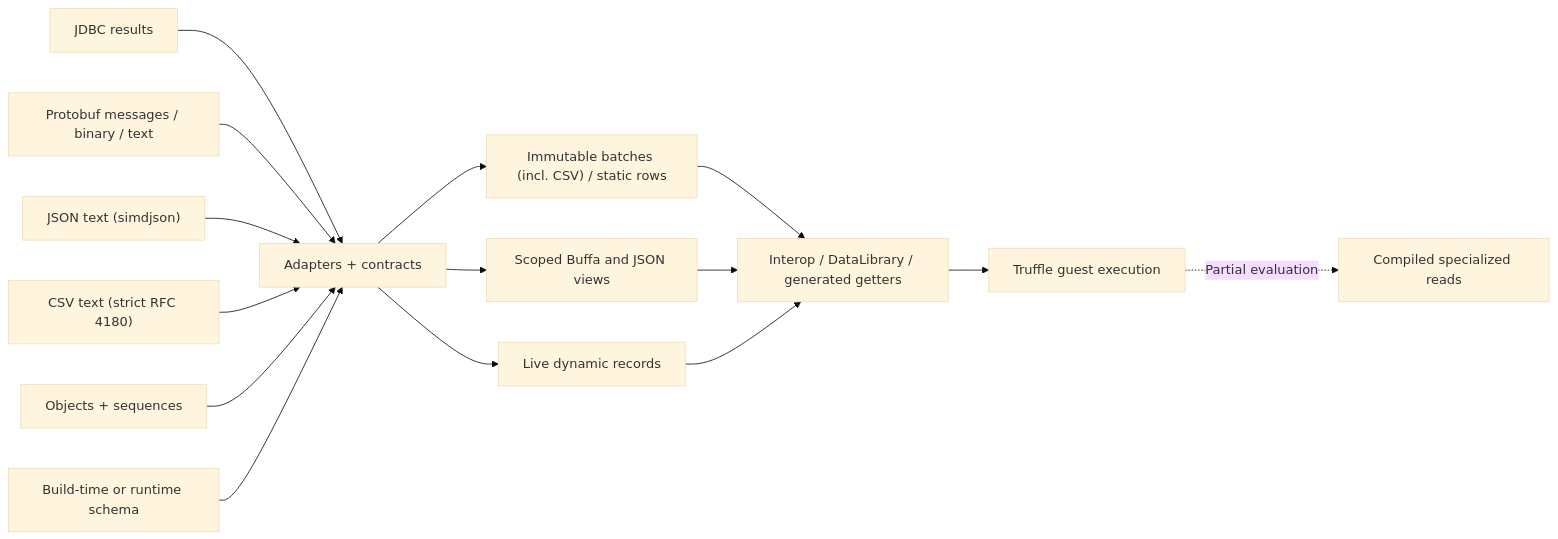
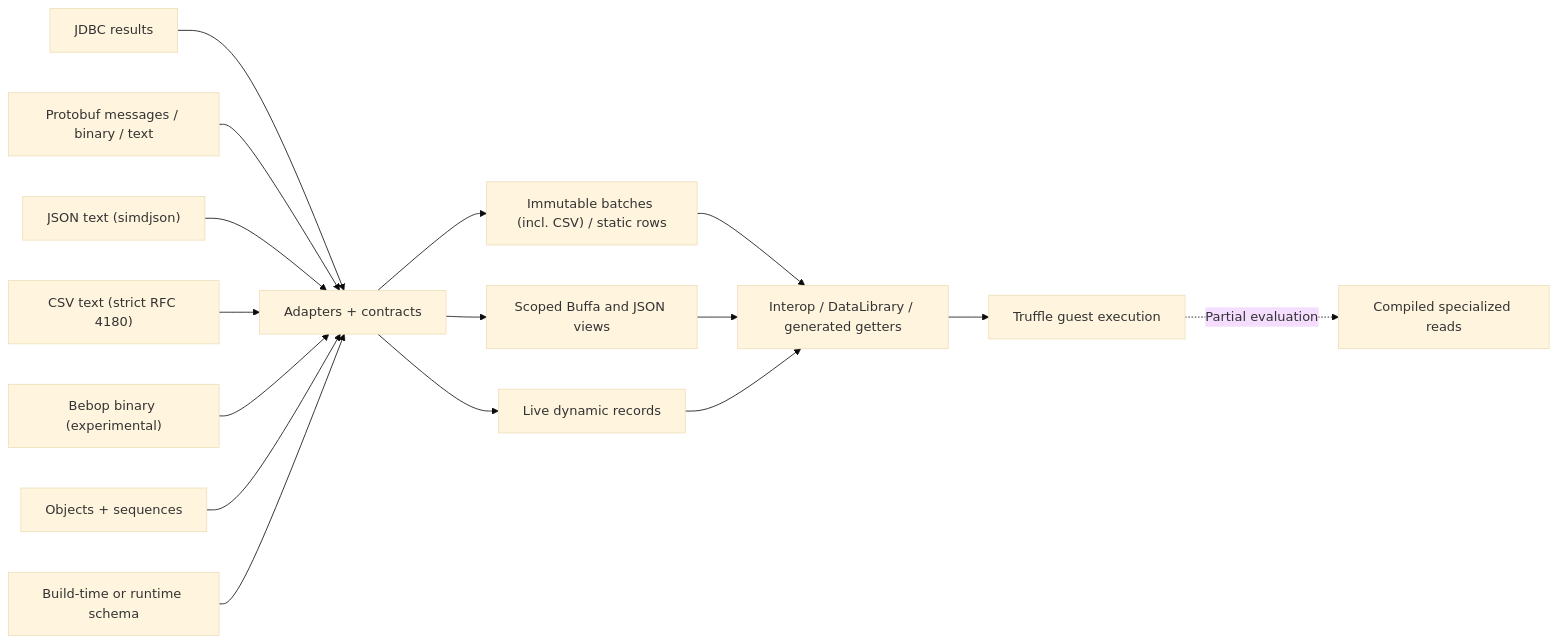
Before and after one commit to elide-dev/truffledata: the diagram in README.md, drawn with Mermaid (base theme). The commit also changed other lines of this file and 136 other files, not shown here.

First line of the commit message:
bebop: experimental Bebop codec with a strict profile, Truffle rows and a native validator (#100)

````diff
--- a/README.md
+++ b/README.md
@@ -35,17 +35,18 @@
 ```mermaid
 flowchart LR
     JDBC["JDBC results"] --> Adapt["Adapters + contracts"]
     Proto["Protobuf messages / binary / text"] --> Adapt
     Json["JSON text (simdjson)"] --> Adapt
     Csv["CSV text (strict RFC 4180)"] --> Adapt
+    Bebop["Bebop binary (experimental)"] --> Adapt
     Objects["Objects + sequences"] --> Adapt
     Schema["Build-time or runtime schema"] --> Adapt
     Adapt --> Owned["Immutable batches (incl. CSV) / static rows"]
     Adapt --> Borrowed["Scoped Buffa and JSON views"]
     Adapt --> Dynamic["Live dynamic records"]
     Owned --> Access["Interop / DataLibrary / generated getters"]
     Borrowed --> Access
     Dynamic --> Access
     Access --> Guest["Truffle guest execution"]
     Guest -. "Partial evaluation" .-> Code["Compiled specialized reads"]
 ```
````
